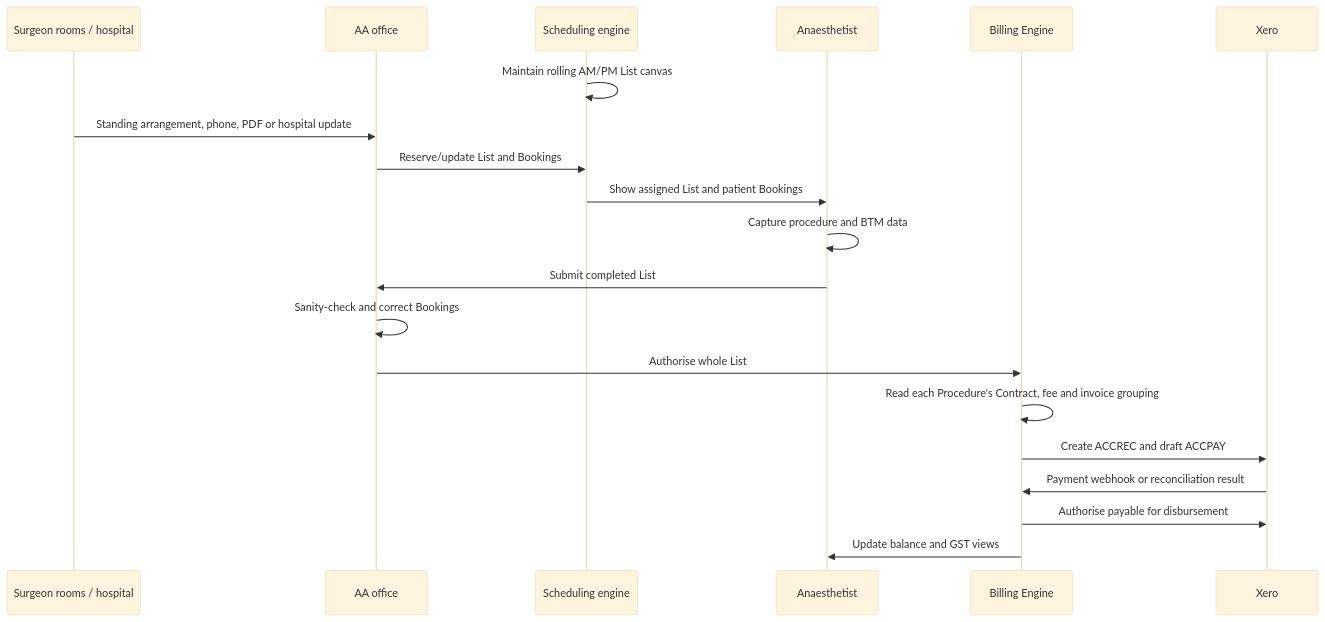
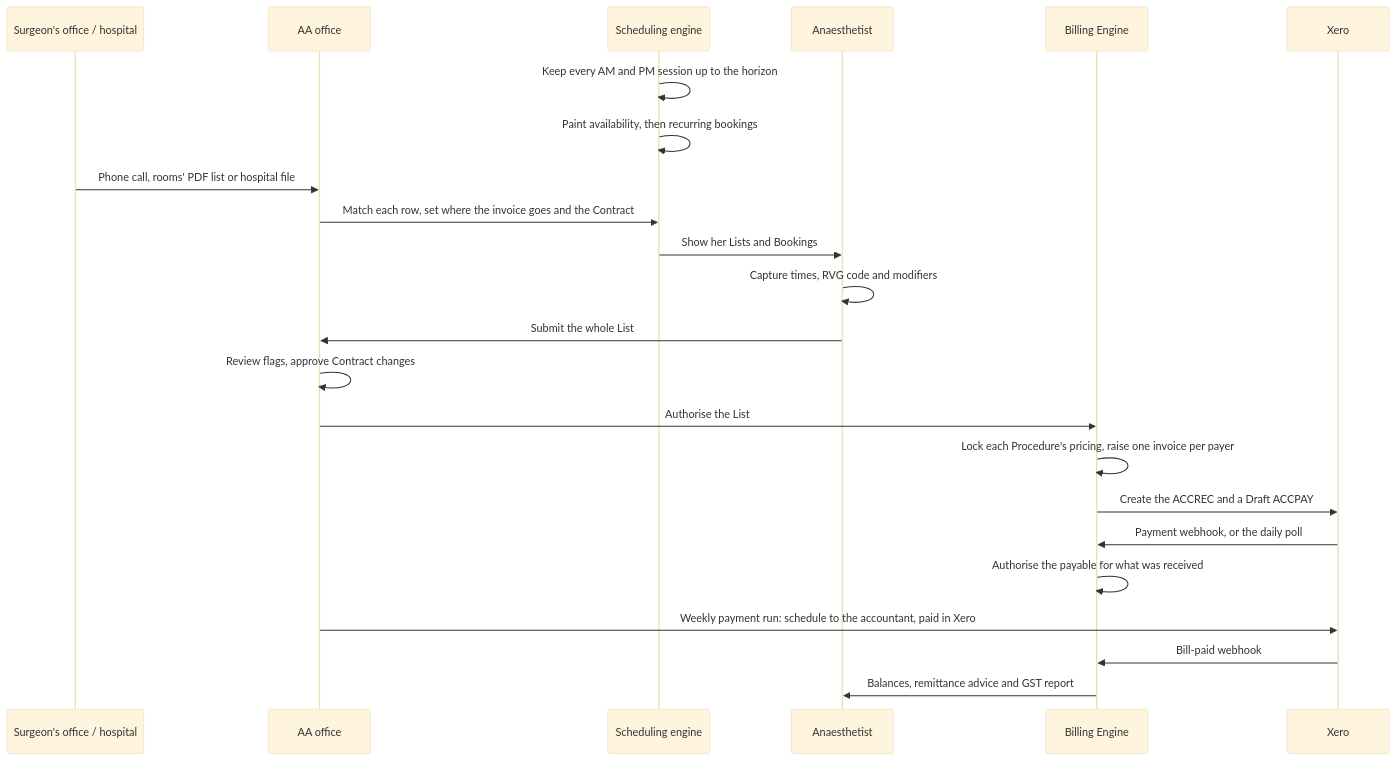
The diagram in docs/demo-guide/02-workflows-and-handoffs.md (DFraserStratos/AnaesthesiaAssociatesRFP), drawn with Mermaid (base theme) before and after one commit. The commit also changed other lines of this file and 112 other files, not shown here.

````diff
--- a/docs/demo-guide/02-workflows-and-handoffs.md
+++ b/docs/demo-guide/02-workflows-and-handoffs.md
@@ -5,23 +7,26 @@
 ```mermaid
 sequenceDiagram
-    participant SR as Surgeon rooms / hospital
+    participant SR as Surgeon's office / hospital
     participant O as AA office
     participant S as Scheduling engine
     participant A as Anaesthetist
     participant B as Billing Engine
     participant X as Xero
 
-    S->>S: Maintain rolling AM/PM List canvas
-    SR->>O: Standing arrangement, phone, PDF or hospital update
-    O->>S: Reserve/update List and Bookings
-    S->>A: Show assigned List and patient Bookings
-    A->>A: Capture procedure and BTM data
-    A->>O: Submit completed List
-    O->>O: Sanity-check and correct Bookings
-    O->>B: Authorise whole List
-    B->>B: Read each Procedure's Contract, fee and invoice grouping
-    B->>X: Create ACCREC and draft ACCPAY
-    X->>B: Payment webhook or reconciliation result
-    B->>X: Authorise payable for disbursement
-    B->>A: Update balance and GST views
+    S->>S: Keep every AM and PM session up to the horizon
+    S->>S: Paint availability, then recurring bookings
+    SR->>O: Phone call, rooms' PDF list or hospital file
+    O->>S: Match each row, set where the invoice goes and the Contract
+    S->>A: Show her Lists and Bookings
+    A->>A: Capture times, RVG code and modifiers
+    A->>O: Submit the whole List
+    O->>O: Review flags, approve Contract changes
+    O->>B: Authorise the List
+    B->>B: Lock each Procedure's pricing, raise one invoice per payer
+    B->>X: Create the ACCREC and a Draft ACCPAY
+    X->>B: Payment webhook, or the daily poll
+    B->>B: Authorise the payable for what was received
+    O->>X: Weekly payment run: schedule to the accountant, paid in Xero
+    X->>B: Bill-paid webhook
+    B->>A: Balances, remittance advice and GST report
 ```
````
